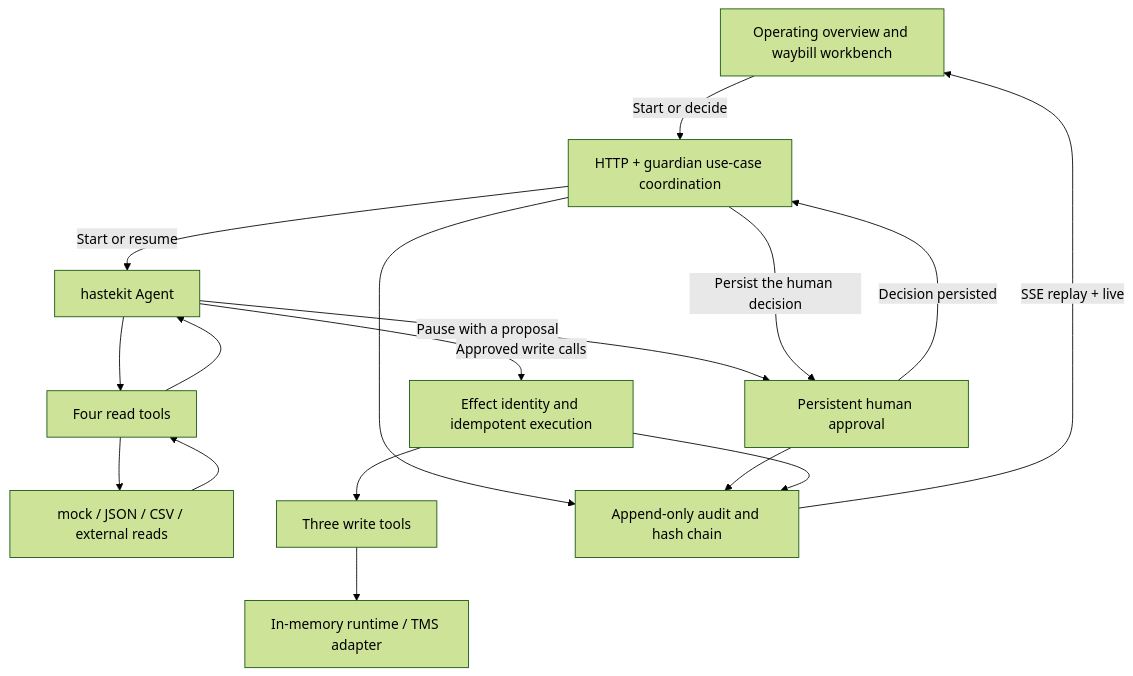
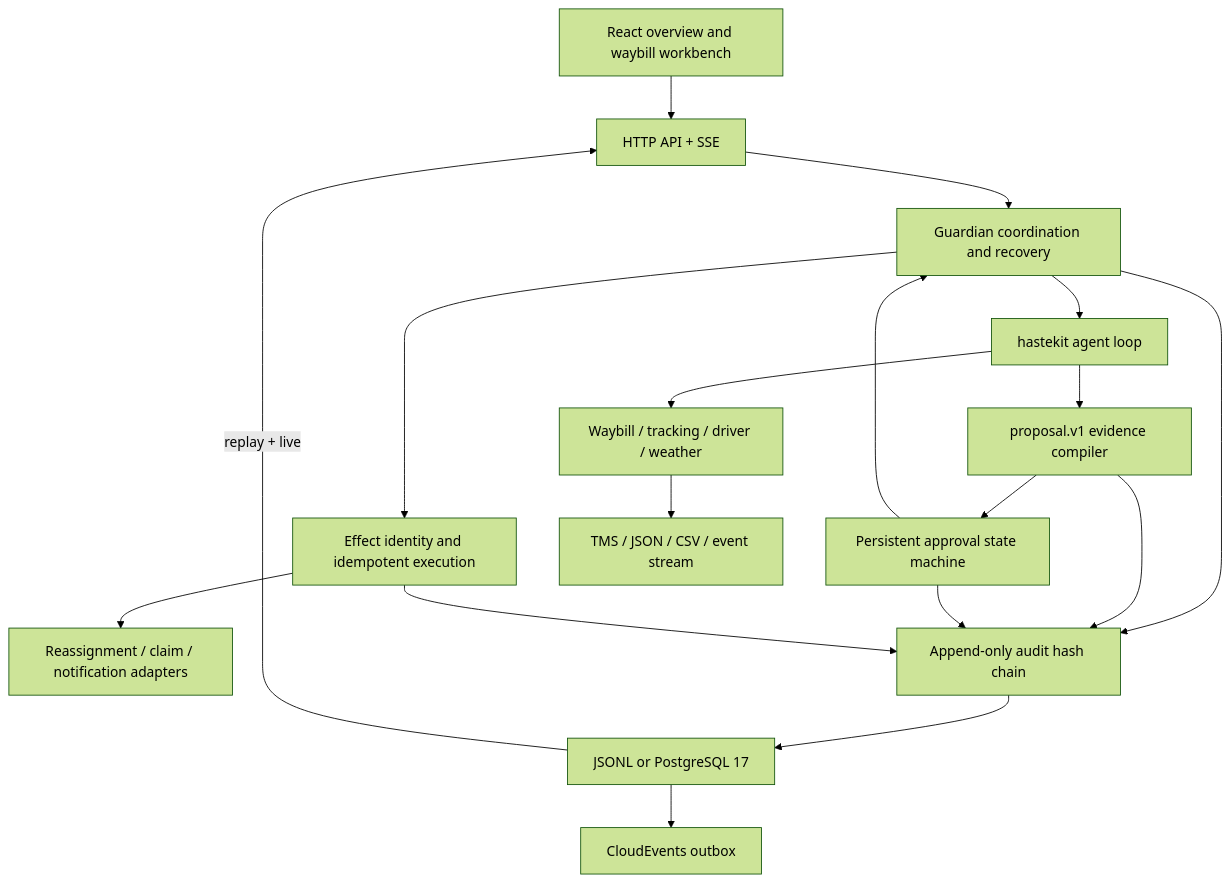
The diagram in README.en.md (Duang777/waybill-guardian), drawn with Mermaid (forest theme) before and after one commit. The commit also changed other lines of this file and 1 other file, not shown here.

````diff
--- a/README.en.md
+++ b/README.en.md
@@ -64,30 +181,34 @@
 ```mermaid
 flowchart TD
-  browser["Operating overview and waybill workbench"]
-  guardian["HTTP + guardian use-case coordination"]
-  agent["hastekit Agent"]
-  readtools["Four read tools"]
-  sources["mock / JSON / CSV / external reads"]
-  approval["Persistent human approval"]
-  effects["Effect identity and idempotent execution"]
-  writetools["Three write tools"]
-  platform["In-memory runtime / TMS adapter"]
-  audit["Append-only audit and hash chain"]
+  browser["React overview and waybill workbench"]
+  api["HTTP API + SSE"]
+  guardian["Guardian coordination and recovery"]
+  agent["hastekit agent loop"]
+  proposal["proposal.v1 evidence compiler"]
+  approval["Persistent approval state machine"]
+  identity["Effect identity and idempotent execution"]
+  reads["Waybill / tracking / driver / weather"]
+  sources["TMS / JSON / CSV / event stream"]
+  writes["Reassignment / claim / notification adapters"]
+  audit["Append-only audit hash chain"]
+  storage["JSONL or PostgreSQL 17"]
+  outbox["CloudEvents outbox"]
 
-  browser -->|Start or decide| guardian
-  guardian -->|Start or resume| agent
-  agent --> readtools
-  readtools --> sources
-  sources --> readtools
-  readtools --> agent
-  agent -->|Pause with a proposal| approval
-  guardian -->|Persist the human decision| approval
-  approval -->|Decision persisted| guardian
-  agent -->|Approved write calls| effects
-  effects --> writetools
-  writetools --> platform
+  browser --> api
+  api --> guardian
+  guardian --> agent
+  agent --> reads
+  reads --> sources
+  agent --> proposal
+  proposal --> approval
+  approval --> guardian
+  guardian --> identity
+  identity --> writes
   guardian --> audit
+  proposal --> audit
   approval --> audit
-  effects --> audit
-  audit -->|SSE replay + live| browser
+  identity --> audit
+  audit --> storage
+  storage -->|replay + live| api
+  storage --> outbox
 ```
````
